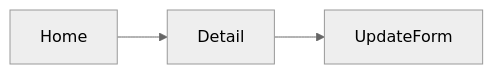
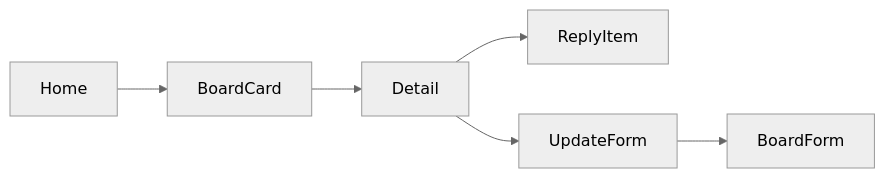
One commit to metakit-sorucecode/react-blog changed the second of 3 diagrams in .projectcode/wiki/scenarios.md. Above: the diagram before and after it, drawn with Mermaid (neutral theme). The commit also changed other lines of this file and 4 other files, not shown here.

````diff
--- a/.projectcode/wiki/scenarios.md
+++ b/.projectcode/wiki/scenarios.md
@@ -35,5 +35,8 @@
 ```mermaid
 flowchart LR
-  A[Home] --> B[Detail]
-  B --> C[UpdateForm]
+  A[Home] --> B[BoardCard]
+  B --> C[Detail]
+  C --> D[ReplyItem]
+  C --> E[UpdateForm]
+  E --> F[BoardForm]
 ```
````
